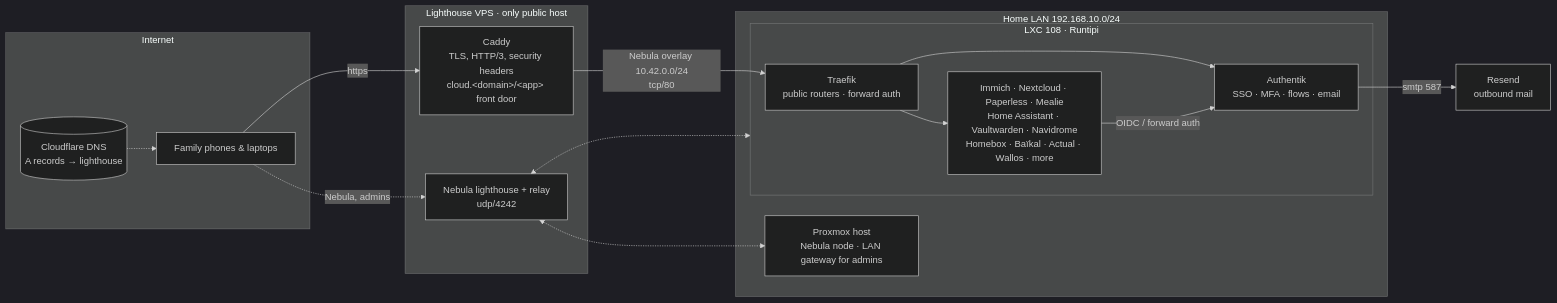
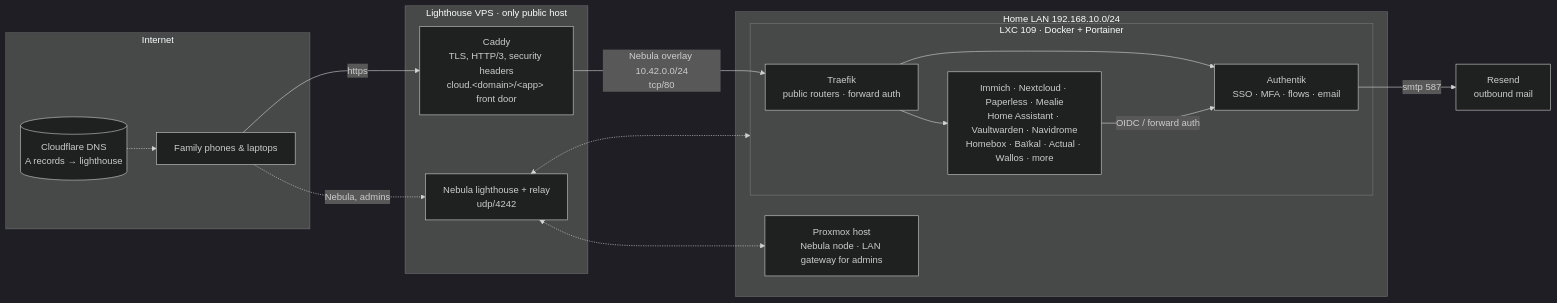
One commit to simontemplarST/heardos-stack changed the diagram in README.md. Above: the diagram before and after it, drawn with Mermaid (dark theme). The commit also changed other lines of this file and 2 other files, not shown here.

````diff
--- a/README.md
+++ b/README.md
@@ -11,30 +11,30 @@
 ```mermaid
 flowchart LR
     subgraph internet[Internet]
         phones[Family phones & laptops]
         dns[(Cloudflare DNS<br/>A records → lighthouse)]
     end
     subgraph vps[Lighthouse VPS · only public host]
         caddy[Caddy<br/>TLS, HTTP/3, security headers<br/>cloud.&lt;domain&gt;/&lt;app&gt; front door]
         lh[Nebula lighthouse + relay<br/>udp/4242]
     end
     subgraph home[Home LAN 192.168.10.0/24]
         prox[Proxmox host<br/>Nebula node · LAN gateway for admins]
-        subgraph ct[LXC 108 · Runtipi]
+        subgraph ct[LXC 109 · Docker + Portainer]
             traefik[Traefik<br/>public routers · forward auth]
             ak[Authentik<br/>SSO · MFA · flows · email]
             apps[Immich · Nextcloud · Paperless · Mealie<br/>Home Assistant · Vaultwarden · Navidrome<br/>Homebox · Baïkal · Actual · Wallos · more]
         end
     end
     resend[Resend<br/>outbound mail]
     phones -->|https| caddy
     phones -.->|Nebula, admins| lh
     dns -.-> phones
     caddy -->|Nebula overlay 10.42.0.0/24<br/>tcp/80| traefik
     lh <-.-> prox
     lh <-.-> ct
     traefik --> ak
     traefik --> apps
     apps -->|OIDC / forward auth| ak
     ak -->|smtp 587| resend
 ```
````
